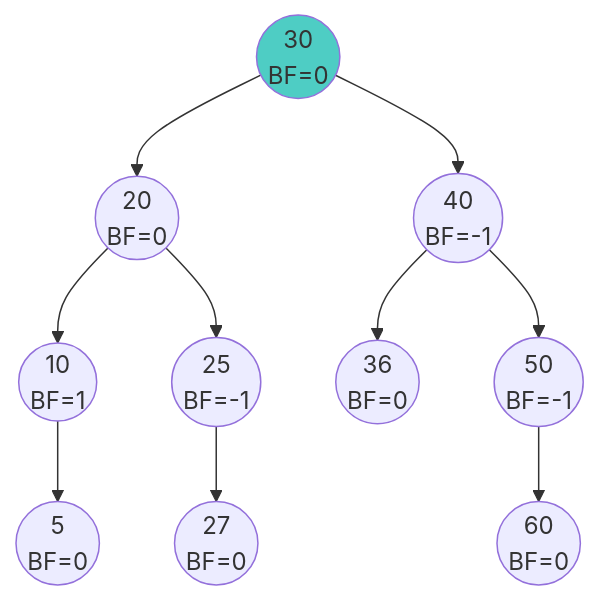
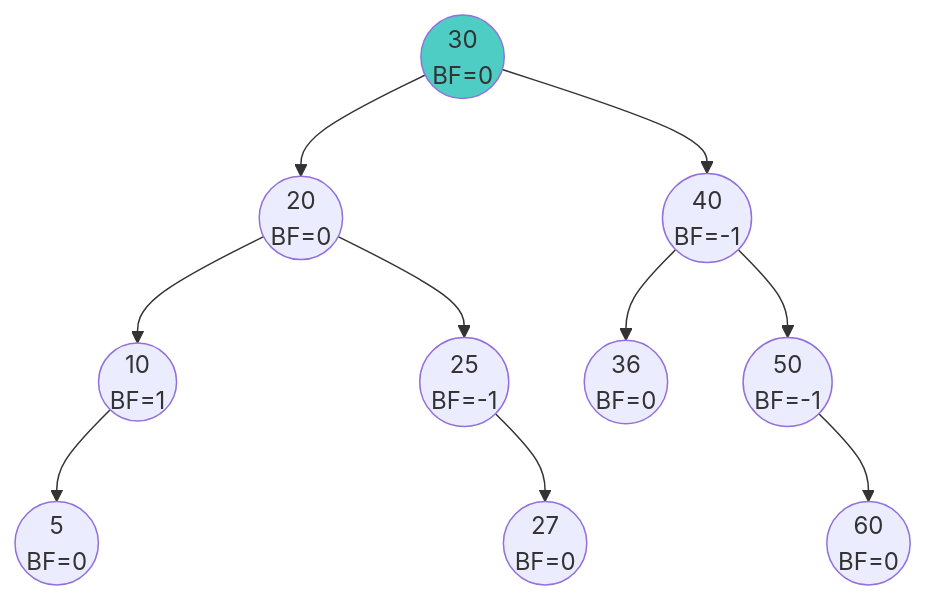
Before and after one commit to ARYAN-KUMAR-22/dsa: diagram 13 of 13 in tree/17_avl_trees.md, drawn with Mermaid. The commit also changed other lines of this file, not shown here.

````diff
--- a/tree/17_avl_trees.md
+++ b/tree/17_avl_trees.md
@@ -454,16 +485,25 @@
 ```mermaid
 graph TD
     30_new((30<br>BF=0)) --> 20_new((20<br>BF=0))
     30_new --> 40_new((40<br>BF=-1))
     
     20_new --> 10_new((10<br>BF=1))
     20_new --> 25_new((25<br>BF=-1))
+    
     10_new --> 5_new((5<br>BF=0))
+    10_new ~~~ inv10_new[ ]
+    
+    25_new ~~~ inv25_new[ ]
     25_new --> 27_new((27<br>BF=0))
     
     40_new --> 36_new((36<br>BF=0))
     40_new --> 50_new((50<br>BF=-1))
+    
+    50_new ~~~ inv50_new[ ]
     50_new --> 60_new((60<br>BF=0))
     
+    style inv10_new fill:none,stroke:none,color:none
+    style inv25_new fill:none,stroke:none,color:none
+    style inv50_new fill:none,stroke:none,color:none
     style 30_new fill:#4ecdc4
 ```
````
